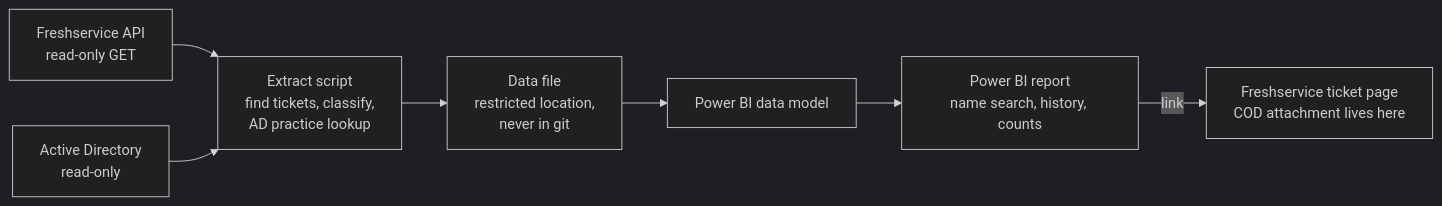
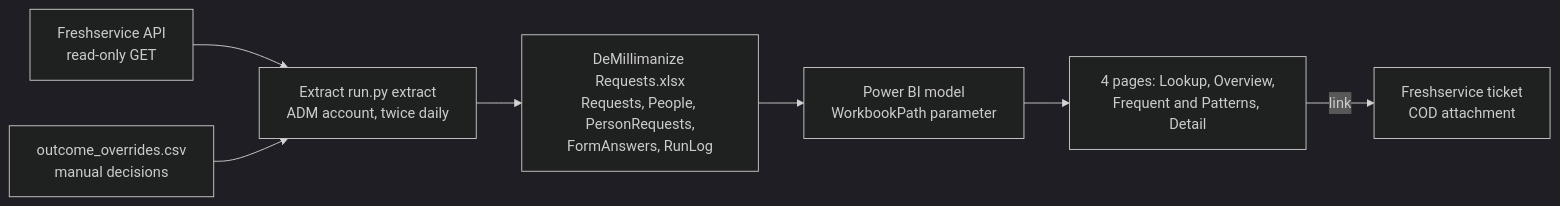
Before and after one commit to mgraebermilliman/De-Dashboard: the diagram in OVERVIEW.md, drawn with Mermaid (dark theme). The commit also changed other lines of this file and 140 other files, not shown here.

First line of the commit message:
Add Freshservice extract, Power BI model and report pages (mock data)

````diff
--- a/OVERVIEW.md
+++ b/OVERVIEW.md
@@ -28,9 +33,9 @@
 ```mermaid
 flowchart LR
-    FS[Freshservice API<br/>read-only GET] --> EX[Extract script<br/>find tickets, classify,<br/>AD practice lookup]
-    AD[Active Directory<br/>read-only] --> EX
-    EX --> DATA[Data file<br/>restricted location,<br/>never in git]
-    DATA --> MODEL[Power BI data model]
-    MODEL --> RPT[Power BI report<br/>name search, history, counts]
-    RPT -->|link| TICKET[Freshservice ticket page<br/>COD attachment lives here]
+    FS[Freshservice API<br/>read-only GET] --> EX[Extract run.py extract<br/>ADM account, twice daily]
+    OV[outcome_overrides.csv<br/>manual decisions] --> EX
+    EX --> WB[DeMillimanize Requests.xlsx<br/>Requests, People, PersonRequests,<br/>FormAnswers, RunLog]
+    WB --> PBI[Power BI model<br/>WorkbookPath parameter]
+    PBI --> RPT[4 pages: Lookup, Overview,<br/>Frequent and Patterns, Detail]
+    RPT -->|link| TICKET[Freshservice ticket<br/>COD attachment]
 ```
````
